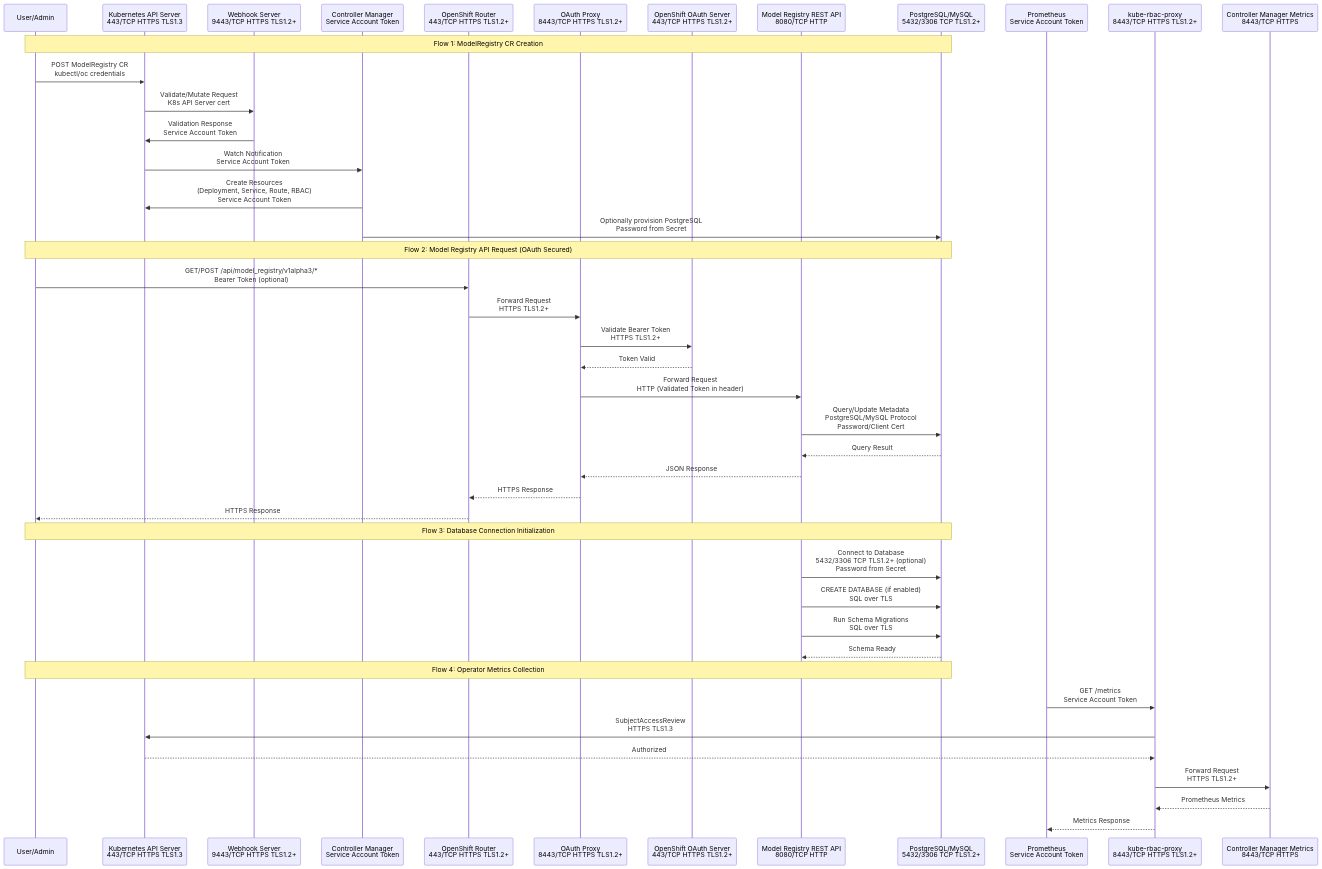
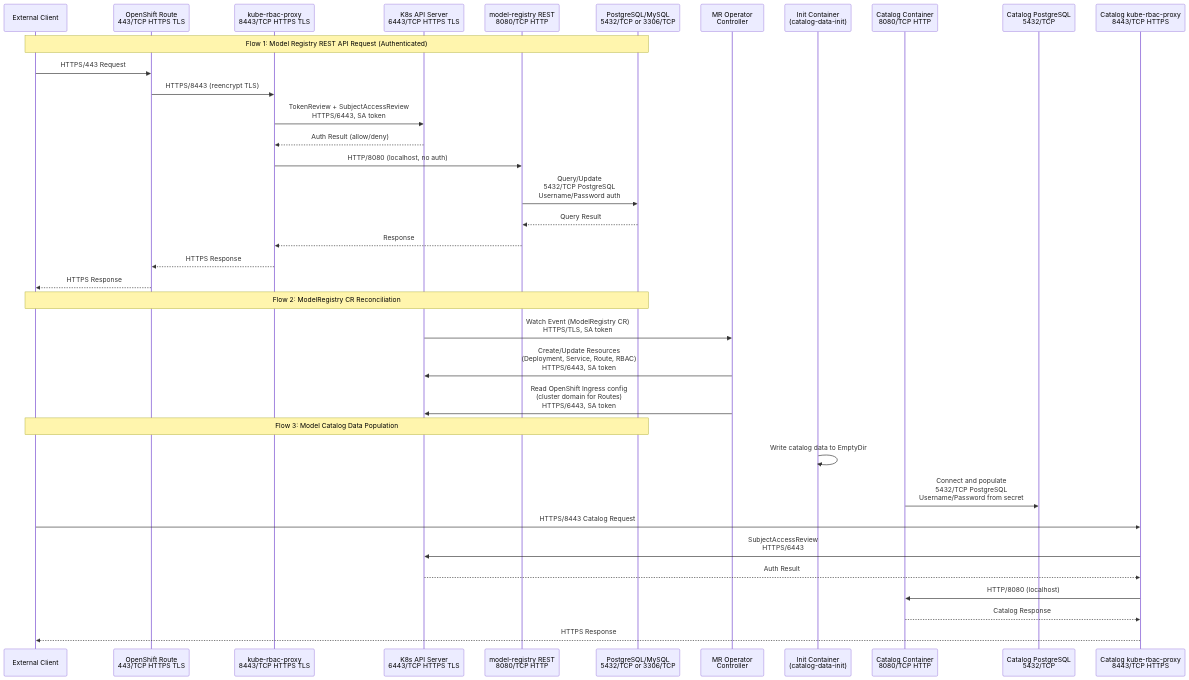
One commit to rhuss/architecture-context changed the diagram in architecture/rhoai-3.2/diagrams/model-registry-operator-dataflow.mmd. Above: the diagram before and after it, drawn with Mermaid. The commit also changed 765 other files, not shown here.

```diff
--- a/architecture/rhoai-3.2/diagrams/model-registry-operator-dataflow.mmd
+++ b/architecture/rhoai-3.2/diagrams/model-registry-operator-dataflow.mmd
@@ -1,56 +1,47 @@
+%% Model Registry Operator - Data Flow Diagram
+%% Generated by: Claude Opus 4.6
+
 sequenceDiagram
-    participant User as User/Admin
-    participant K8s as Kubernetes API Server<br/>443/TCP HTTPS TLS1.3
-    participant Webhook as Webhook Server<br/>9443/TCP HTTPS TLS1.2+
-    participant Controller as Controller Manager<br/>Service Account Token
-    participant Router as OpenShift Router<br/>443/TCP HTTPS TLS1.2+
-    participant OAuth as OAuth Proxy<br/>8443/TCP HTTPS TLS1.2+
-    participant OAuthServer as OpenShift OAuth Server<br/>443/TCP HTTPS TLS1.2+
-    participant API as Model Registry REST API<br/>8080/TCP HTTP
-    participant DB as PostgreSQL/MySQL<br/>5432/3306 TCP TLS1.2+
+    participant Client as External Client
+    participant Route as OpenShift Route<br/>443/TCP HTTPS TLS
+    participant Proxy as kube-rbac-proxy<br/>8443/TCP HTTPS TLS
+    participant K8sAPI as K8s API Server<br/>6443/TCP HTTPS TLS
+    participant MR as model-registry REST<br/>8080/TCP HTTP
+    participant DB as PostgreSQL/MySQL<br/>5432/TCP or 3306/TCP
 
-    %% Flow 1: ModelRegistry CR Creation
-    Note over User,DB: Flow 1: ModelRegistry CR Creation
+    Note over Client,DB: Flow 1: Model Registry REST API Request (Authenticated)
 
-    User->>K8s: POST ModelRegistry CR<br/>kubectl/oc credentials
-    K8s->>Webhook: Validate/Mutate Request<br/>K8s API Server cert
-    Webhook->>K8s: Validation Response<br/>Service Account Token
-    K8s->>Controller: Watch Notification<br/>Service Account Token
-    Controller->>K8s: Create Resources<br/>(Deployment, Service, Route, RBAC)<br/>Service Account Token
-    Controller->>DB: Optionally provision PostgreSQL<br/>Password from Secret
+    Client->>Route: HTTPS/443 Request
+    Route->>Proxy: HTTPS/8443 (reencrypt TLS)
+    Proxy->>K8sAPI: TokenReview + SubjectAccessReview<br/>HTTPS/6443, SA token
+    K8sAPI-->>Proxy: Auth Result (allow/deny)
+    Proxy->>MR: HTTP/8080 (localhost, no auth)
+    MR->>DB: Query/Update<br/>5432/TCP PostgreSQL<br/>Username/Password auth
+    DB-->>MR: Query Result
+    MR-->>Proxy: Response
+    Proxy-->>Route: HTTPS Response
+    Route-->>Client: HTTPS Response
 
-    %% Flow 2: Model Registry API Request (OAuth Secured)
-    Note over User,DB: Flow 2: Model Registry API Request (OAuth Secured)
+    Note over Client,DB: Flow 2: ModelRegistry CR Reconciliation
 
-    User->>Router: GET/POST /api/model_registry/v1alpha3/*<br/>Bearer Token (optional)
-    Router->>OAuth: Forward Request<br/>HTTPS TLS1.2+
-    OAuth->>OAuthServer: Validate Bearer Token<br/>HTTPS TLS1.2+
-    OAuthServer-->>OAuth: Token Valid
-    OAuth->>API: Forward Request<br/>HTTP (Validated Token in header)
-    API->>DB: Query/Update Metadata<br/>PostgreSQL/MySQL Protocol<br/>Password/Client Cert
-    DB-->>API: Query Result
-    API-->>OAuth: JSON Response
-    OAuth-->>Router: HTTPS Response
-    Router-->>User: HTTPS Response
+    participant Operator as MR Operator<br/>Controller
 
-    %% Flow 3: Database Initialization
-    Note over User,DB: Flow 3: Database Connection Initialization
+    K8sAPI->>Operator: Watch Event (ModelRegistry CR)<br/>HTTPS/TLS, SA token
+    Operator->>K8sAPI: Create/Update Resources<br/>(Deployment, Service, Route, RBAC)<br/>HTTPS/6443, SA token
+    Operator->>K8sAPI: Read OpenShift Ingress config<br/>(cluster domain for Routes)<br/>HTTPS/6443, SA token
 
-    API->>DB: Connect to Database<br/>5432/3306 TCP TLS1.2+ (optional)<br/>Password from Secret
-    API->>DB: CREATE DATABASE (if enabled)<br/>SQL over TLS
-    API->>DB: Run Schema Migrations<br/>SQL over TLS
-    DB-->>API: Schema Ready
+    Note over Client,DB: Flow 3: Model Catalog Data Population
 
-    %% Flow 4: Operator Metrics Collection
-    Note over User,DB: Flow 4: Operator Metrics Collection
+    participant CatInit as Init Container<br/>(catalog-data-init)
+    participant CatMR as Catalog Container<br/>8080/TCP HTTP
+    participant CatDB as Catalog PostgreSQL<br/>5432/TCP
+    participant CatProxy as Catalog kube-rbac-proxy<br/>8443/TCP HTTPS
 
-    participant Prom as Prometheus<br/>Service Account Token
-    participant RBACProxy as kube-rbac-proxy<br/>8443/TCP HTTPS TLS1.2+
-    participant Mgr as Controller Manager Metrics<br/>8443/TCP HTTPS
-
-    Prom->>RBACProxy: GET /metrics<br/>Service Account Token
-    RBACProxy->>K8s: SubjectAccessReview<br/>HTTPS TLS1.3
-    K8s-->>RBACProxy: Authorized
-    RBACProxy->>Mgr: Forward Request<br/>HTTPS TLS1.2+
-    Mgr-->>RBACProxy: Prometheus Metrics
-    RBACProxy-->>Prom: Metrics Response
+    CatInit->>CatInit: Write catalog data to EmptyDir
+    CatMR->>CatDB: Connect and populate<br/>5432/TCP PostgreSQL<br/>Username/Password from secret
+    Client->>CatProxy: HTTPS/8443 Catalog Request
+    CatProxy->>K8sAPI: SubjectAccessReview<br/>HTTPS/6443
+    K8sAPI-->>CatProxy: Auth Result
+    CatProxy->>CatMR: HTTP/8080 (localhost)
+    CatMR-->>CatProxy: Catalog Response
+    CatProxy-->>Client: HTTPS Response
```
